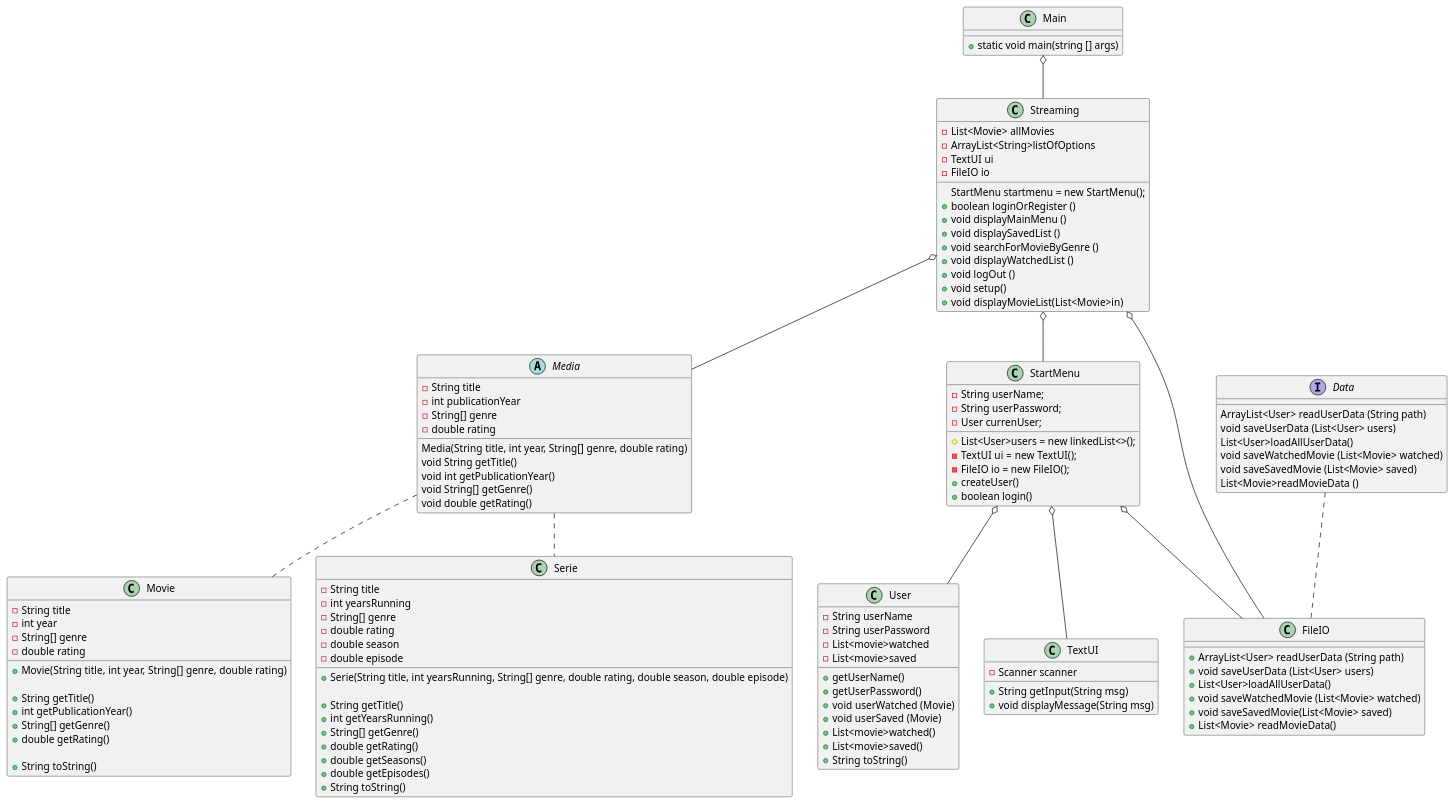
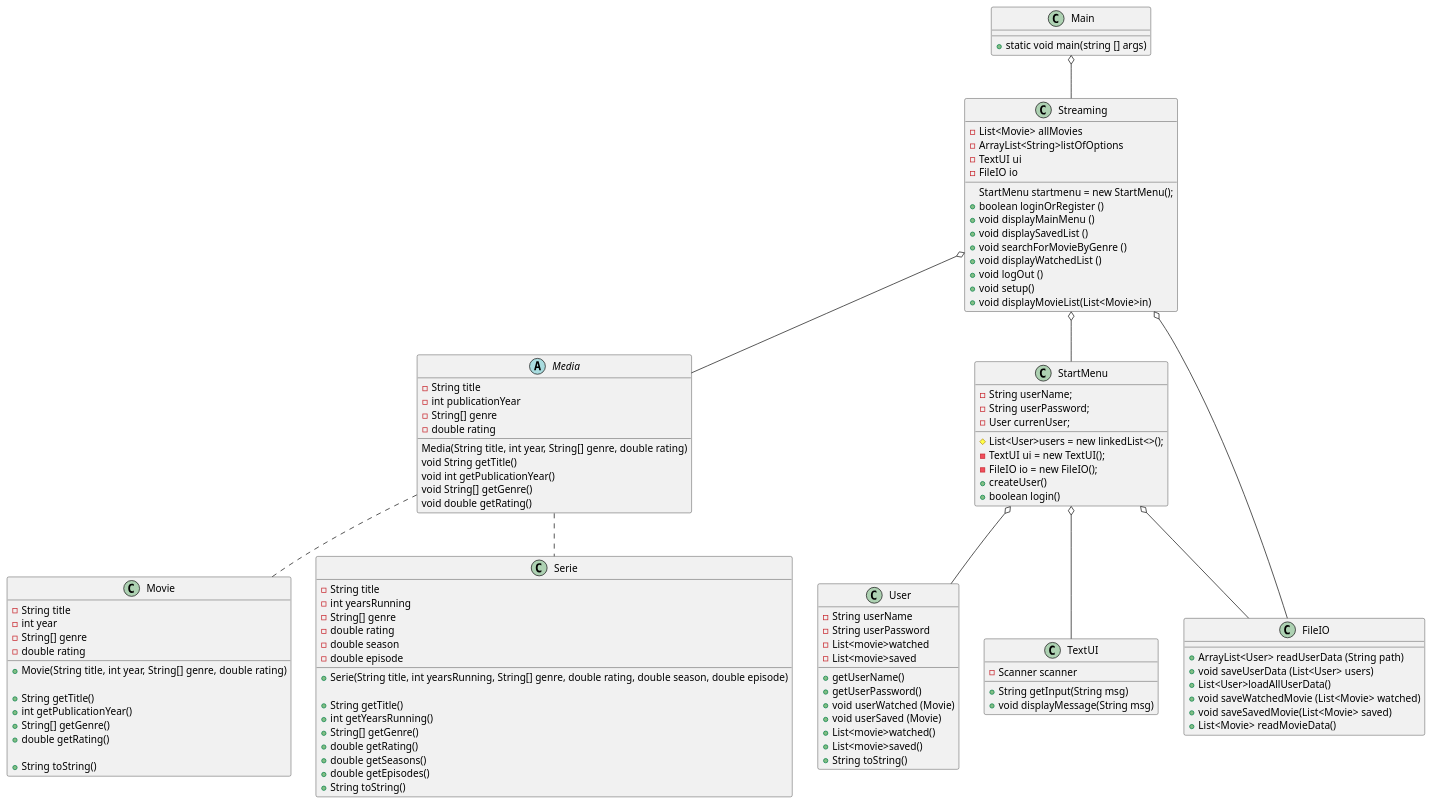
The diagram in .idea/Doc/ClassDiagram.puml (Madihakhan1/SP3), drawn with PlantUML before and after one commit.

```diff
--- a/.idea/Doc/ClassDiagram.puml
+++ b/.idea/Doc/ClassDiagram.puml
@@ -1,165 +1,152 @@
 @startuml
 'https://plantuml.com/object-diagram
 
 class Main{
 
 + static void main(string [] args)
 
 
 }
 
 class Streaming{
 
 - List<Movie> allMovies
 - ArrayList<String>listOfOptions
 - TextUI ui
 - FileIO io
 StartMenu startmenu = new StartMenu();
 + boolean loginOrRegister ()
 + void displayMainMenu ()
 + void displaySavedList ()
 + void searchForMovieByGenre ()
 + void displayWatchedList ()
 + void logOut ()
 + void setup()
 + void displayMovieList(List<Movie>in)
 
 
 
 }
 
 class User{
 
 - String userName
 - String userPassword
 - List<movie>watched
 - List<movie>saved
 
 +getUserName()
 +getUserPassword()
 + void userWatched (Movie)
 + void userSaved (Movie)
 +List<movie>watched()
 +List<movie>saved()
 + String toString()
 
 }
 
 abstract Media{
 - String title
 - int publicationYear
 - String[] genre
 - double rating
 
 Media(String title, int year, String[] genre, double rating)
 void String getTitle()
 void int getPublicationYear()
 void String[] getGenre()
 void double getRating()
 
 
 
 
 }
 
 class StartMenu{
 
 - String userName;
 - String userPassword;
 - User currenUser;
 # List<User>users = new linkedList<>();
 - TextUI ui = new TextUI();
 - FileIO io = new FileIO();
 + createUser()
 + boolean login()
 
 }
 
 
 
 
 class FileIO{
 
 +ArrayList<User> readUserData (String path)
 + void saveUserData (List<User> users)
 + List<User>loadAllUserData()
 + void saveWatchedMovie (List<Movie> watched)
 + void saveSavedMovie(List<Movie> saved)
 + List<Movie> readMovieData()
 }
 
 class TextUI{
 
 - Scanner scanner
 + String getInput(String msg)
 + void displayMessage(String msg)
 
 
 }
 
 
-Interface Data{
-
-ArrayList<User> readUserData (String path)
-void saveUserData (List<User> users)
-List<User>loadAllUserData()
-void saveWatchedMovie (List<Movie> watched)
-void saveSavedMovie (List<Movie> saved)
-List<Movie>readMovieData ()
-
-
-}
 
 class Movie {
 - String title
 - int year
 - String[] genre
 - double rating
 
 + Movie(String title, int year, String[] genre, double rating)
 
 + String getTitle()
 + int getPublicationYear()
 + String[] getGenre()
 + double getRating()
 
 + String toString()
 
 }
 
 class Serie{
 - String title
 - int yearsRunning
 - String[] genre
 - double rating
 - double season
 - double episode
 
 + Serie(String title, int yearsRunning, String[] genre, double rating, double season, double episode)
 
 + String getTitle()
 + int getYearsRunning()
 + String[] getGenre()
 + double getRating()
 + double getSeasons()
 + double getEpisodes()
 + String toString()
 
 }
 
 Main o-- Streaming
 
 Streaming o-- StartMenu
 Streaming o-- FileIO
 Streaming o-- Media
 
 Media .. Movie
 Media .. Serie
 
 StartMenu o-- User
 StartMenu o--FileIO
 StartMenu o-- TextUI
 
-Data .. FileIO
-
 @enduml
```
